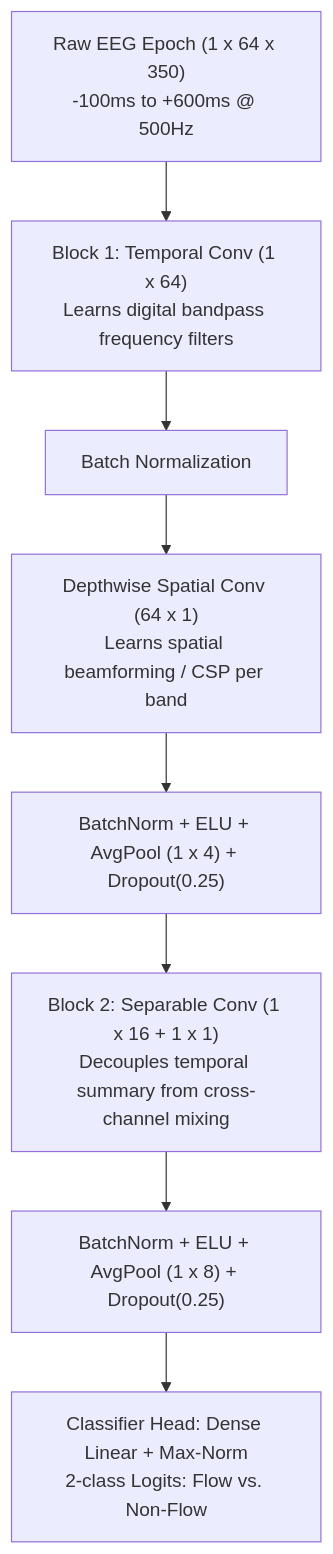
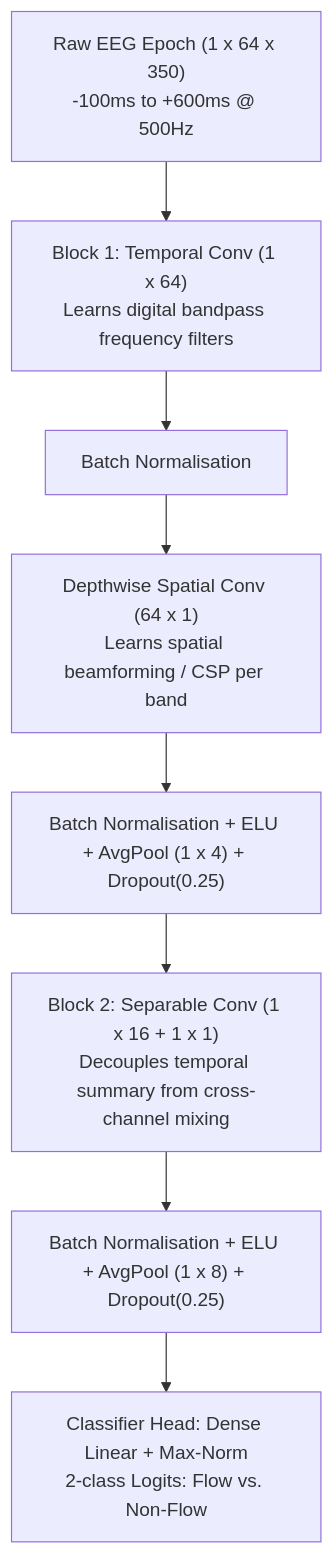
One commit to SKR-Psych/vr-eeg-flow-classifier changed the diagram in docs/eegnet_architecture_summary.md. Above: the diagram before and after it, drawn with Mermaid. The commit also changed other lines of this file, not shown here.

Commit message:
docs: add EEGNet architecture summary and neurophysiological rationale documentation

````diff
--- a/docs/eegnet_architecture_summary.md
+++ b/docs/eegnet_architecture_summary.md
@@ -20,10 +20,10 @@
 ```mermaid
 graph TD
     A["Raw EEG Epoch (1 x 64 x 350)<br/>-100ms to +600ms @ 500Hz"] --> B["Block 1: Temporal Conv (1 x 64)<br/>Learns digital bandpass frequency filters"]
-    B --> C["Batch Normalization"]
+    B --> C["Batch Normalisation"]
     C --> D["Depthwise Spatial Conv (64 x 1)<br/>Learns spatial beamforming / CSP per band"]
-    D --> E["BatchNorm + ELU + AvgPool (1 x 4) + Dropout(0.25)"]
+    D --> E["Batch Normalisation + ELU + AvgPool (1 x 4) + Dropout(0.25)"]
     E --> F["Block 2: Separable Conv (1 x 16 + 1 x 1)<br/>Decouples temporal summary from cross-channel mixing"]
-    F --> G["BatchNorm + ELU + AvgPool (1 x 8) + Dropout(0.25)"]
+    F --> G["Batch Normalisation + ELU + AvgPool (1 x 8) + Dropout(0.25)"]
     G --> H["Classifier Head: Dense Linear + Max-Norm<br/>2-class Logits: Flow vs. Non-Flow"]
 ```
````
